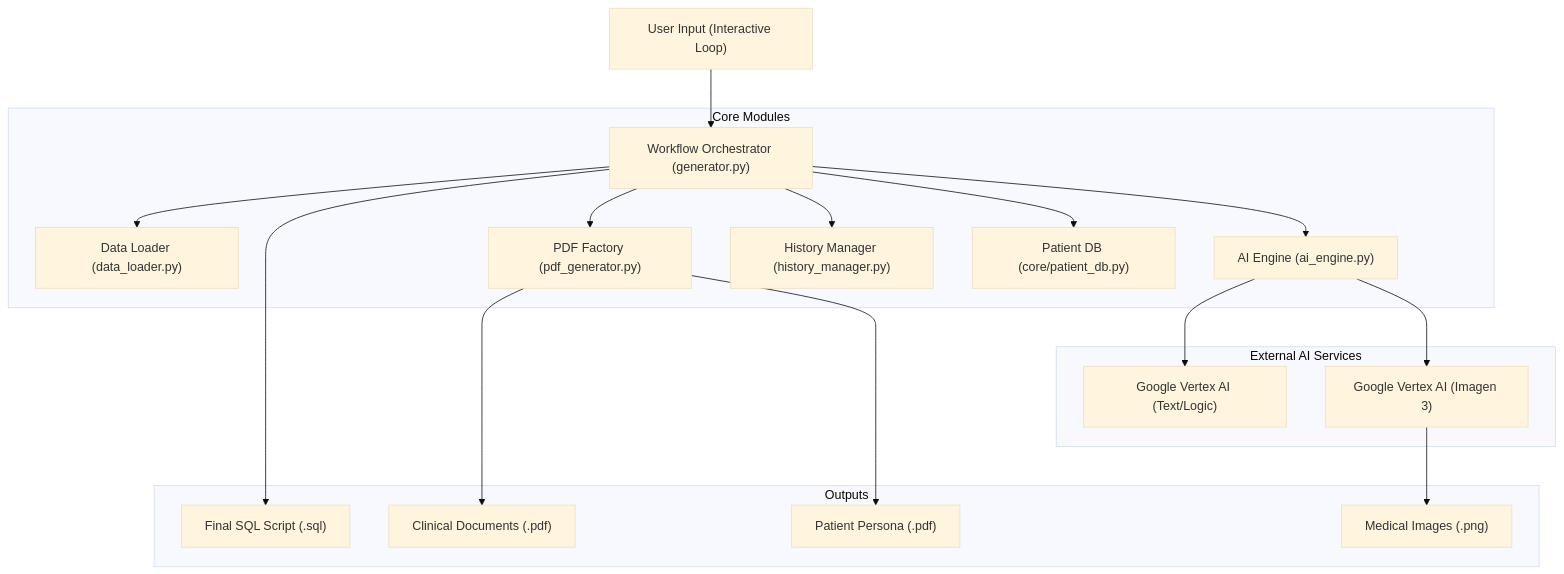
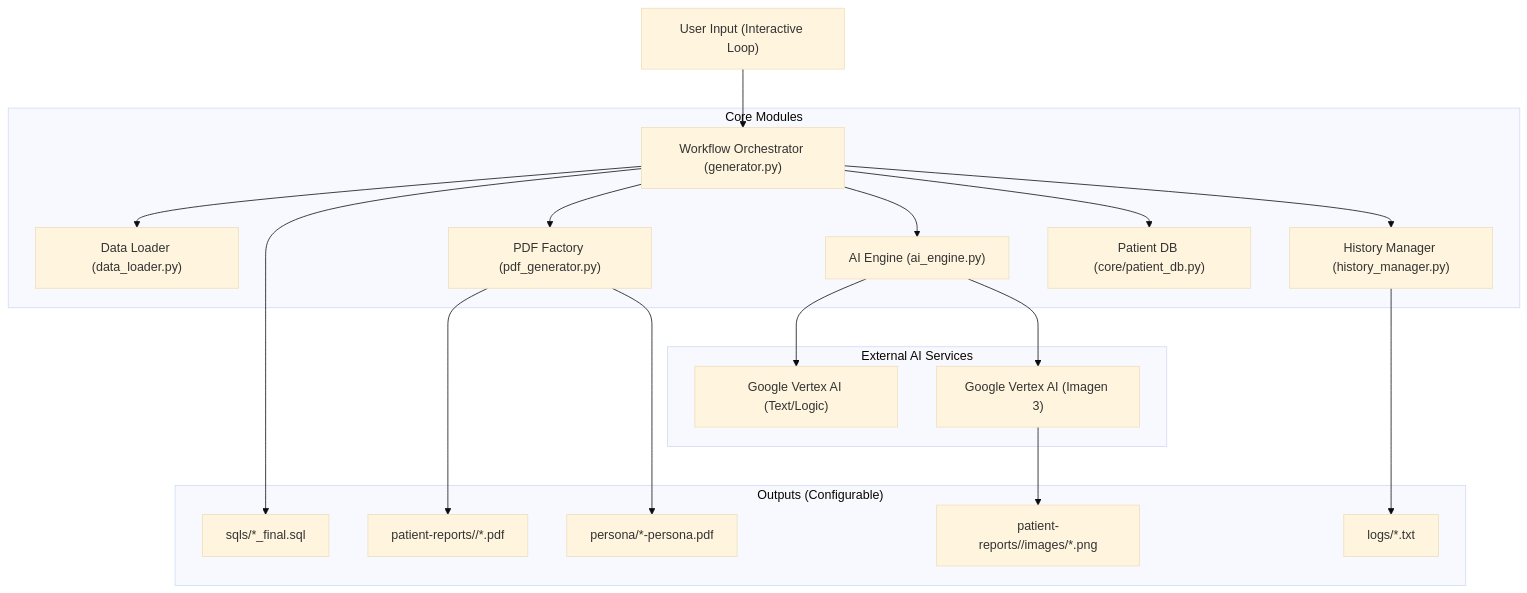
One commit to akshaykumarar3/pdgenerator changed the diagram in ARCHITECTURE.md. Above: the diagram before and after it, drawn with Mermaid (base theme). The commit also changed other lines of this file and 6 other files, not shown here.

````diff
--- a/ARCHITECTURE.md
+++ b/ARCHITECTURE.md
@@ -10,24 +10,25 @@
 ```mermaid
 graph TD
     UserInput["User Input (Interactive Loop)"] --> Generator["Workflow Orchestrator (generator.py)"]
     
     subgraph "Core Modules"
         Generator --> Loader["Data Loader (data_loader.py)"]
         Generator --> AI["AI Engine (ai_engine.py)"]
         Generator --> PDF["PDF Factory (pdf_generator.py)"]
         Generator --> History["History Manager (history_manager.py)"]
         Generator --> DB["Patient DB (core/patient_db.py)"]
     end
     
     subgraph "External AI Services"
         AI --> VertexText["Google Vertex AI (Text/Logic)"]
         AI --> VertexImage["Google Vertex AI (Imagen 3)"]
     end
     
-    subgraph "Outputs"
-        Generator --> SQL["Final SQL Script (.sql)"]
-        PDF --> Docs["Clinical Documents (.pdf)"]
-        PDF --> Persona["Patient Persona (.pdf)"]
-        VertexImage --> Images["Medical Images (.png)"]
+    subgraph "Outputs (Configurable)"
+        Generator --> SQL["sqls/*_final.sql"]
+        PDF --> Docs["patient-reports/<ID>/*.pdf"]
+        PDF --> Persona["persona/*-persona.pdf"]
+        VertexImage --> Images["patient-reports/<ID>/images/*.png"]
+        History --> Logs["logs/*.txt"]
     end
 ```
````
